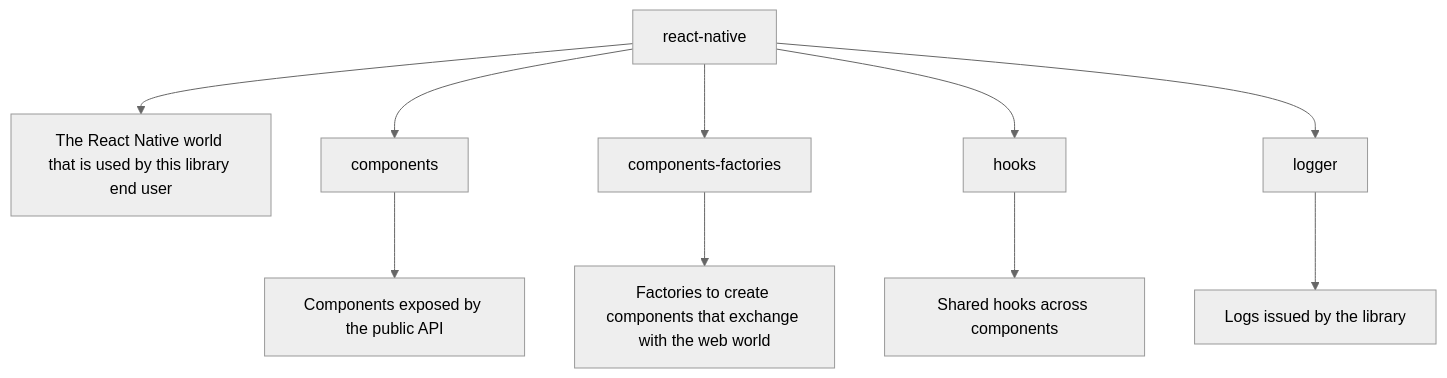
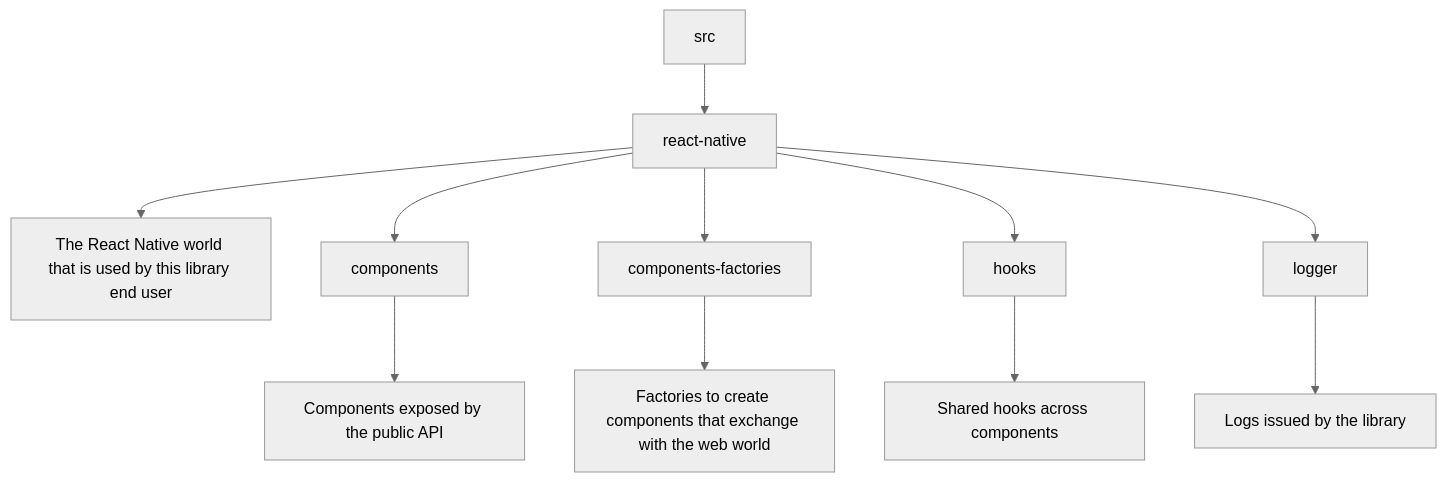
Before and after one commit to emilienaufauvre/react-native-maplibre-gl-js: the third of 3 diagrams in docs/developer/index.md, drawn with Mermaid (neutral theme). The commit also changed other lines of this file, not shown here.

````diff
--- a/docs/developer/index.md
+++ b/docs/developer/index.md
@@ -80,15 +80,15 @@
 ```mermaid
 graph TD
-D[react-native]
+A[src] --> D[react-native]
 
 D --> D1[The React Native world that is used by this library end user]
 D --> D2[components]
 D --> D3[components-factories]
 D --> D4[hooks]
 D --> D5[logger]
 
 D2 --> D2a[Components exposed by the public API]
 D3 --> D3a[Factories to create components that exchange with the web world]
 D4 --> D4a[Shared hooks across components]
 D5 --> D5a[Logs issued by the library]
 ```
````
